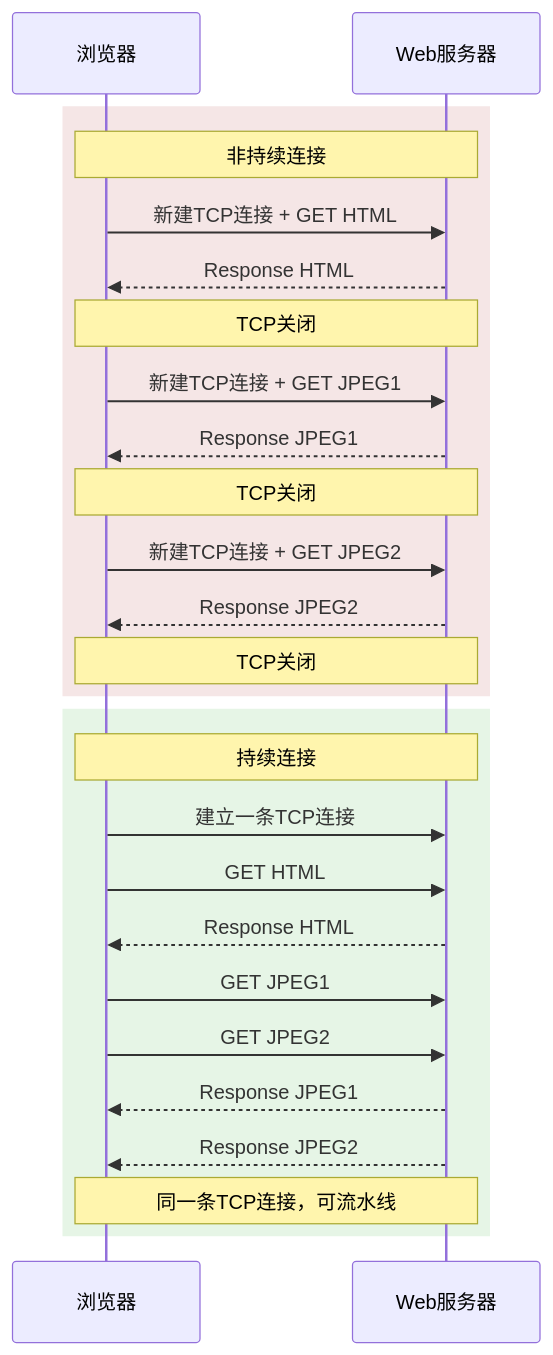
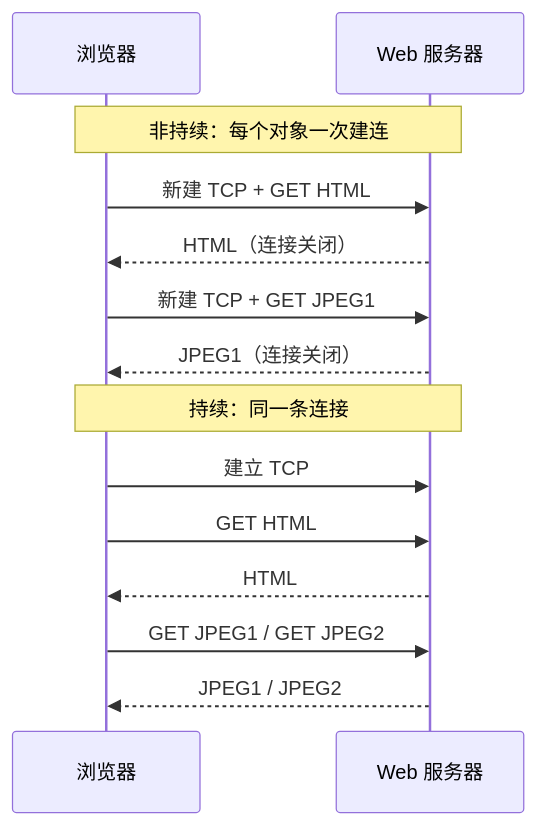
The fifth of 20 diagrams in src/content/posts/应用层.md (Meer-Matze/Meer-Matze.github.io), drawn with Mermaid before and after one commit. The commit also changed other lines of this file and 3 other files, not shown here.

````diff
--- a/src/content/posts/应用层.md
+++ b/src/content/posts/应用层.md
@@ -868,32 +358,16 @@
 ```mermaid
 sequenceDiagram
   participant B as 浏览器
-  participant S as Web服务器
-
-  rect rgb(245, 230, 230)
-    Note over B,S: 非持续连接
-    B->>S: 新建TCP连接 + GET HTML
-    S-->>B: Response HTML
-    Note over B,S: TCP关闭
-
-    B->>S: 新建TCP连接 + GET JPEG1
-    S-->>B: Response JPEG1
-    Note over B,S: TCP关闭
-
-    B->>S: 新建TCP连接 + GET JPEG2
-    S-->>B: Response JPEG2
-    Note over B,S: TCP关闭
-  end
-
-  rect rgb(230, 245, 230)
-    Note over B,S: 持续连接
-    B->>S: 建立一条TCP连接
-    B->>S: GET HTML
-    S-->>B: Response HTML
-    B->>S: GET JPEG1
-    B->>S: GET JPEG2
-    S-->>B: Response JPEG1
-    S-->>B: Response JPEG2
-    Note over B,S: 同一条TCP连接，可流水线
-  end
+  participant S as Web 服务器
+  Note over B,S: 非持续：每个对象一次建连
+  B->>S: 新建 TCP + GET HTML
+  S-->>B: HTML（连接关闭）
+  B->>S: 新建 TCP + GET JPEG1
+  S-->>B: JPEG1（连接关闭）
+  Note over B,S: 持续：同一条连接
+  B->>S: 建立 TCP
+  B->>S: GET HTML
+  S-->>B: HTML
+  B->>S: GET JPEG1 / GET JPEG2
+  S-->>B: JPEG1 / JPEG2
 ```
````
